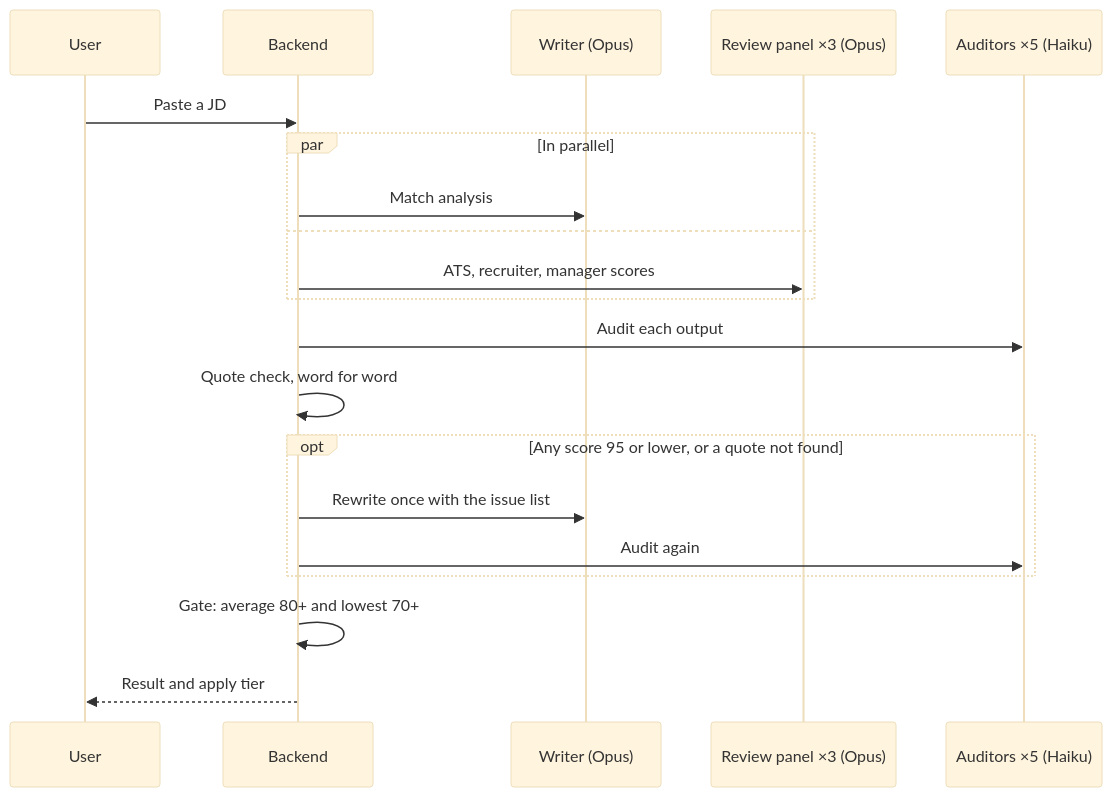
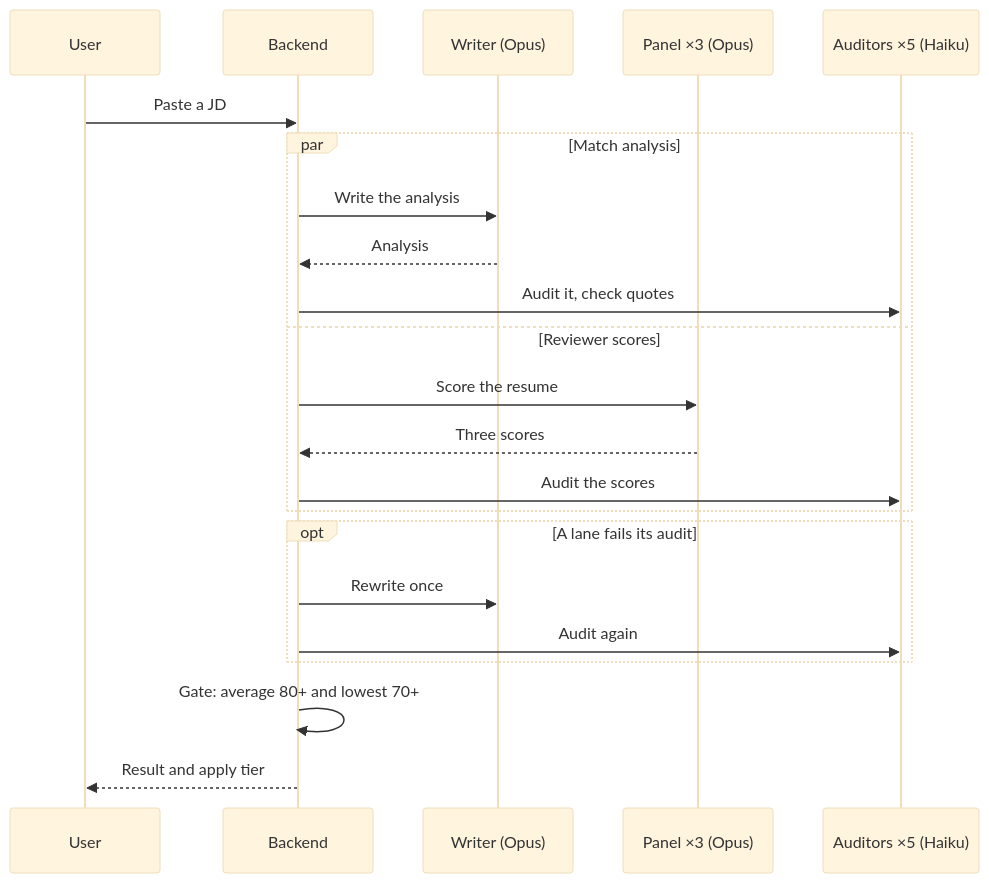
Before and after one commit to maudes/maudes.github.io: the third of 4 diagrams in src/content/projects/gojob.md, drawn with Mermaid (base theme). The commit also changed other lines of this file and 1 other file, not shown here.

First line of the commit message:
GoJob: sync diagrams with the latest architecture

````diff
--- a/src/content/projects/gojob.md
+++ b/src/content/projects/gojob.md
@@ -195,22 +212,24 @@
 ```mermaid
 sequenceDiagram
   participant U as User
   participant B as Backend
   participant W as Writer (Opus)
-  participant P as Review panel ×3 (Opus)
+  participant P as Panel ×3 (Opus)
   participant A as Auditors ×5 (Haiku)
   U->>B: Paste a JD
-  par In parallel
-    B->>W: Match analysis
-  and
-    B->>P: ATS, recruiter, manager scores
+  par Match analysis
+    B->>W: Write the analysis
+    W-->>B: Analysis
+    B->>A: Audit it, check quotes
+  and Reviewer scores
+    B->>P: Score the resume
+    P-->>B: Three scores
+    B->>A: Audit the scores
   end
-  B->>A: Audit each output
-  B->>B: Quote check, word for word
-  opt Any score 95 or lower, or a quote not found
-    B->>W: Rewrite once with the issue list
+  opt A lane fails its audit
+    B->>W: Rewrite once
     B->>A: Audit again
   end
   B->>B: Gate: average 80+ and lowest 70+
   B-->>U: Result and apply tier
 ```
````
